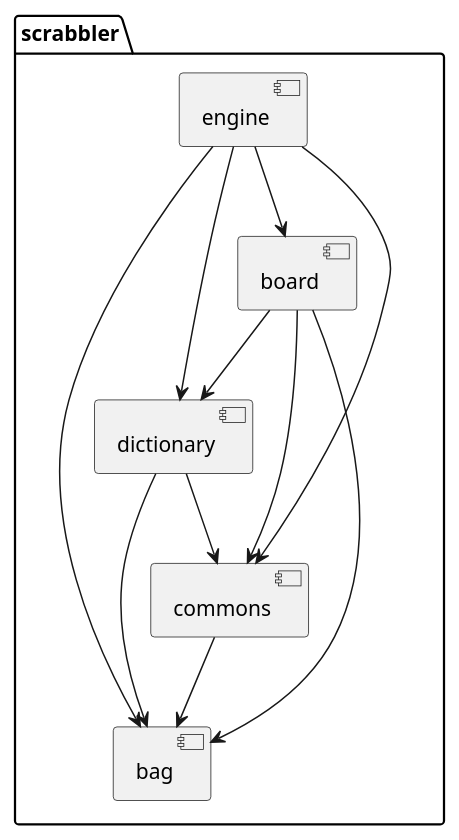
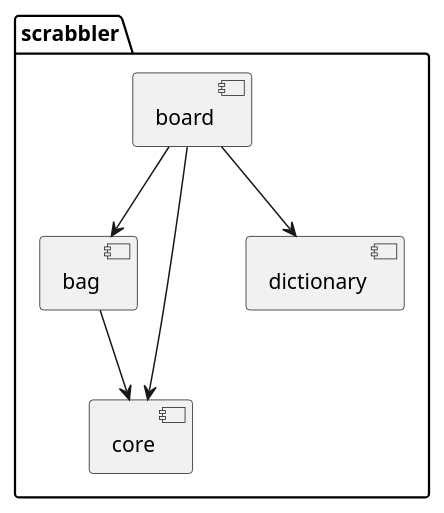
Before and after one commit to tizianolattisi/scrabbler: the diagram in docs/components.puml, drawn with PlantUML. The commit also changed 29 other files, not shown here.

Commit message:
Move interfaces in the commons package, renamed "core".

```diff
--- a/docs/components.puml
+++ b/docs/components.puml
@@ -1,19 +1,14 @@
 @startuml
 
 package "scrabbler" {
-[engine] --> [dictionary]
-[engine] --> [bag]
-[engine] --> [board]
-[engine] --> [commons]
-[dictionary] --> [bag]
-[dictionary] --> [commons]
-[commons] --> [bag]
+
+[bag] --> [core]
+
+[board] --> [core]
 [board] --> [bag]
-[board] --> [commons]
 [board] --> [dictionary]
-[bag]
 }
 
 
 
 @enduml
```
